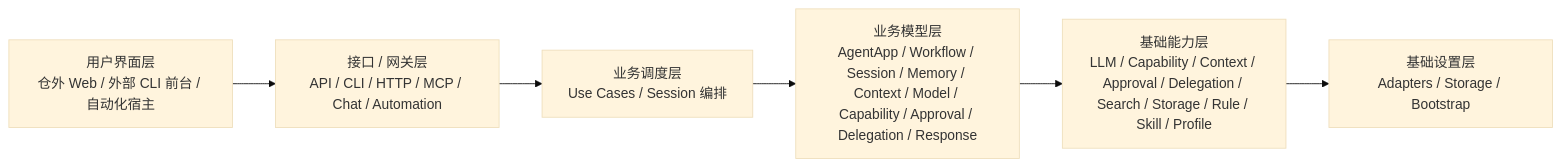
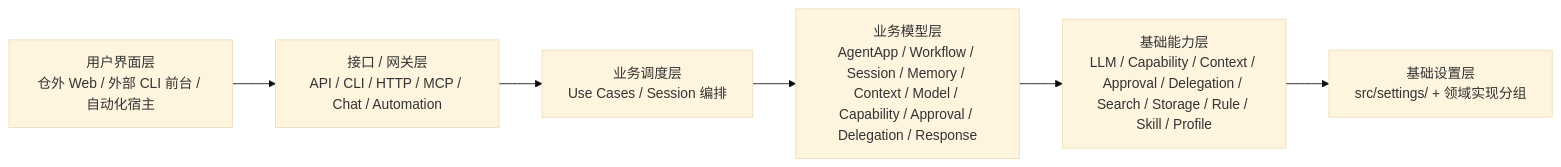
One commit to uroborus2s/shanforge changed the diagram in docs/04-project-development/04-design/solution-overview.md. Above: the diagram before and after it, drawn with Mermaid (base theme). The commit also changed other lines of this file and 128 other files, not shown here.

Commit message:
refactor: 实施 v2 架构重构，清理冗余的 adapters 与 storage 层，并建立新的 runtime 能力机制

````diff
--- a/docs/04-project-development/04-design/solution-overview.md
+++ b/docs/04-project-development/04-design/solution-overview.md
@@ -30,15 +30,15 @@
 ```mermaid
 flowchart LR
     UI["用户界面层<br/>仓外 Web / 外部 CLI 前台 / 自动化宿主"]
     ACCESS["接口 / 网关层<br/>API / CLI / HTTP / MCP / Chat / Automation"]
     APP["业务调度层<br/>Use Cases / Session 编排"]
     DOMAIN["业务模型层<br/>AgentApp / Workflow / Session / Memory / Context / Model / Capability / Approval / Delegation / Response"]
     RUNTIME["基础能力层<br/>LLM / Capability / Context / Approval / Delegation / Search / Storage / Rule / Skill / Profile"]
-    SETTINGS["基础设置层<br/>Adapters / Storage / Bootstrap"]
+    SETTINGS["基础设置层<br/>src/settings/ + 领域实现分组"]
 
     UI --> ACCESS
     ACCESS --> APP
     APP --> DOMAIN
     DOMAIN --> RUNTIME
     RUNTIME --> SETTINGS
 ```
````
